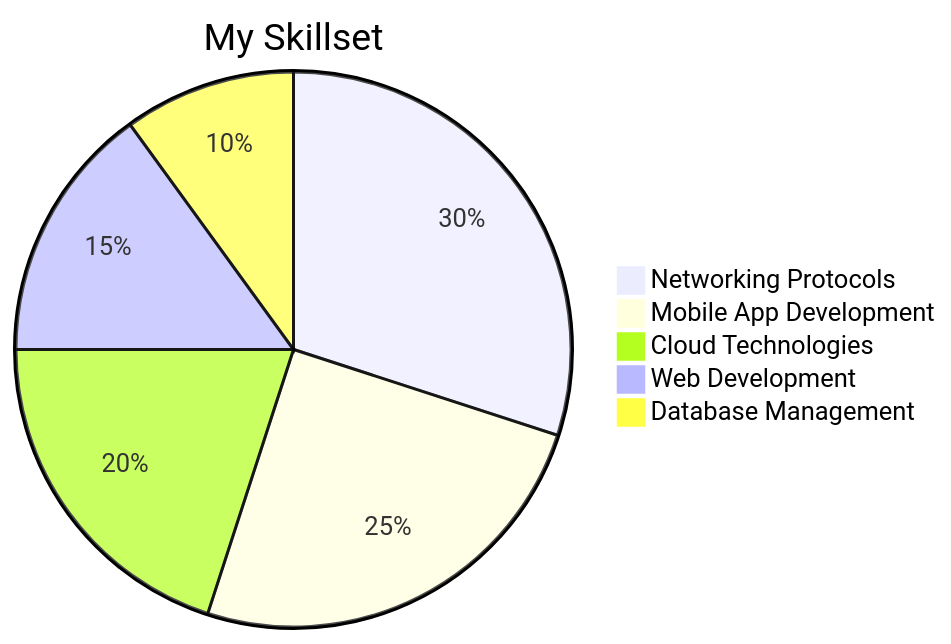
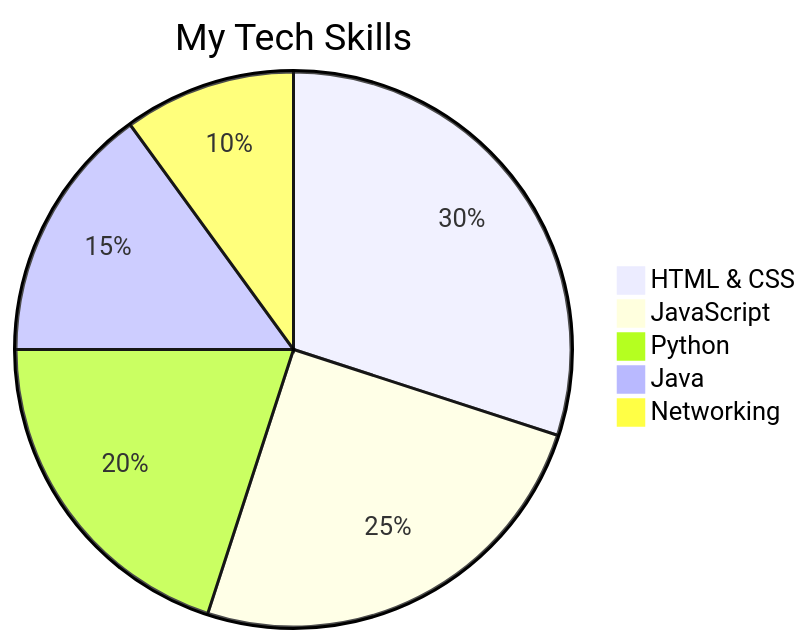
One commit to Amaya-Wickramaarachchi/Amaya-Wickramaarachchi changed the first of 2 diagrams in README.md. Above: the diagram before and after it, drawn with Mermaid. The commit also changed other lines of this file, not shown here.

````diff
--- a/README.md
+++ b/README.md
@@ -25,9 +32,9 @@
 ```mermaid
 pie
-    title My Skillset
-    "Networking Protocols": 30
-    "Mobile App Development": 25
-    "Cloud Technologies": 20
-    "Web Development": 15
-    "Database Management": 10
+    title My Tech Skills
+    "HTML & CSS": 30
+    "JavaScript": 25
+    "Python": 20
+    "Java": 15
+    "Networking": 10
 ```
````
